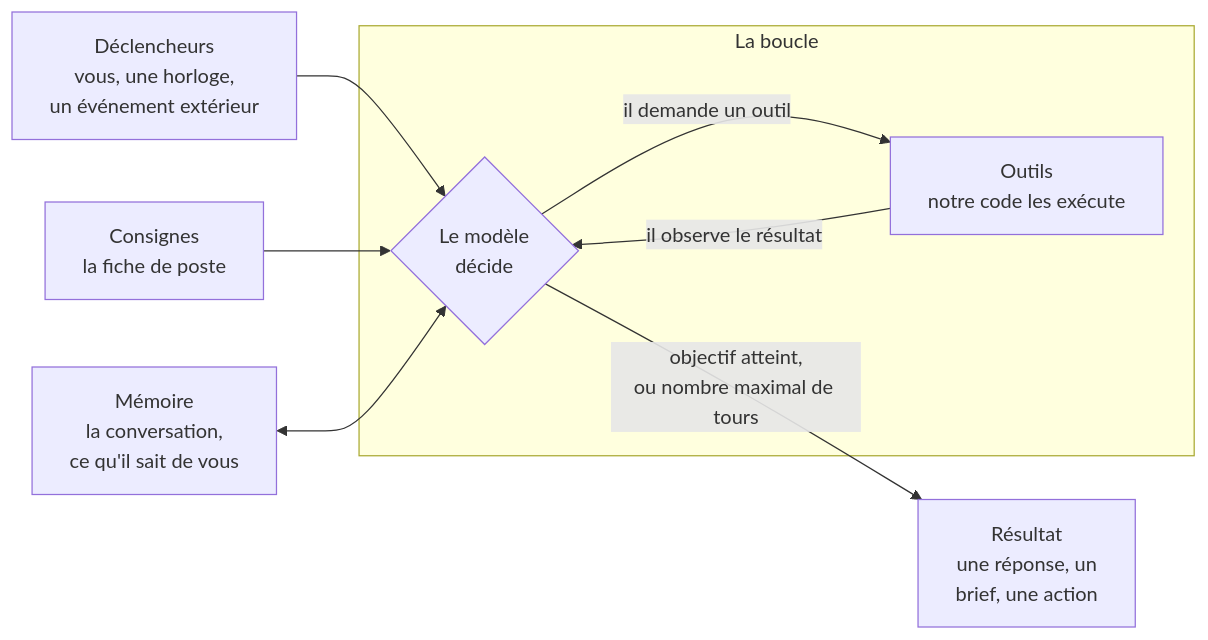
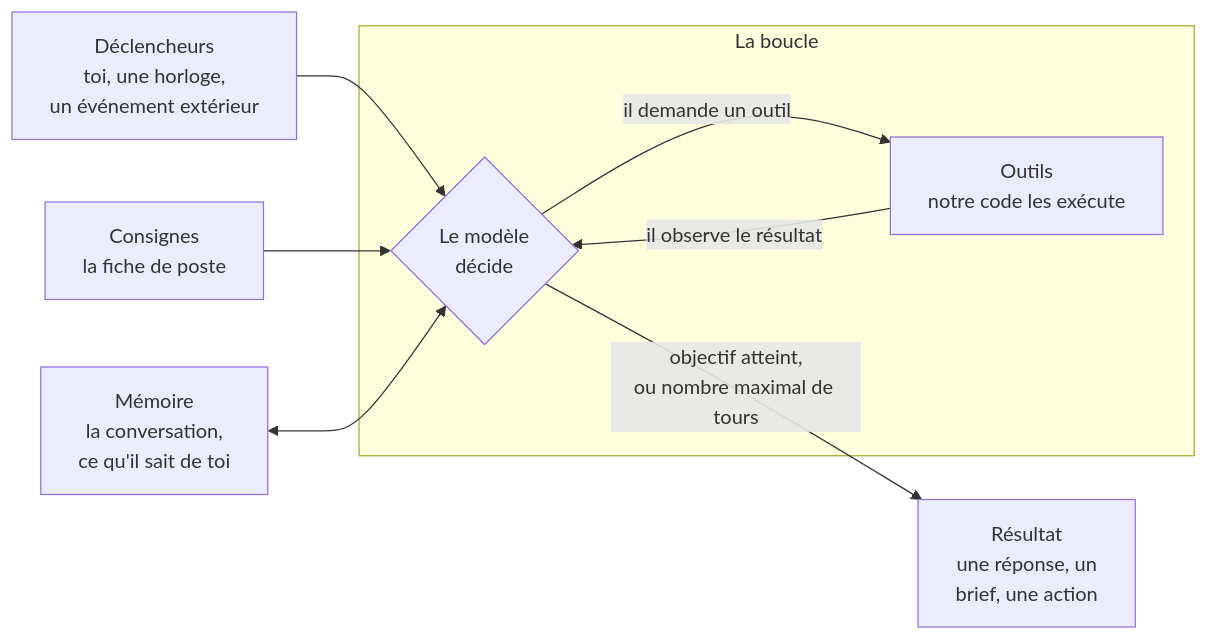
Before and after one commit to lecinquiemejour-code/goodvibe-tuto: the first of 4 diagrams in README.md, drawn with Mermaid. The commit also changed other lines of this file and 1 other file, not shown here.

````diff
--- a/README.md
+++ b/README.md
@@ -22,12 +22,12 @@
 ```mermaid
 flowchart LR
-    DEC["Déclencheurs<br/>vous, une horloge,<br/>un événement extérieur"] --> M
+    DEC["Déclencheurs<br/>toi, une horloge,<br/>un événement extérieur"] --> M
     CON["Consignes<br/>la fiche de poste"] --> M
-    MEM["Mémoire<br/>la conversation,<br/>ce qu'il sait de vous"] <--> M
+    MEM["Mémoire<br/>la conversation,<br/>ce qu'il sait de toi"] <--> M
     subgraph B["La boucle"]
         M{"Le modèle<br/>décide"}
         M -- "il demande un outil" --> O["Outils<br/>notre code les exécute"]
         O -- "il observe le résultat" --> M
     end
     M -- "objectif atteint,<br/>ou nombre maximal de tours" --> R["Résultat<br/>une réponse, un<br/>brief, une action"]
 ```
````
